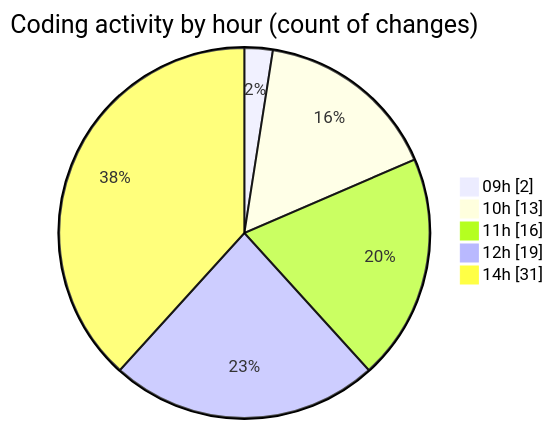
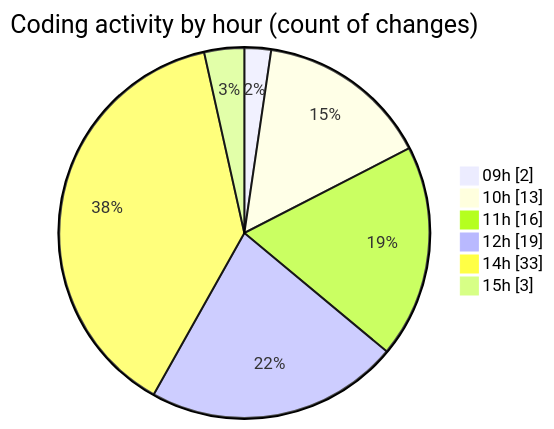
Before and after one commit to momahboobian/code-tracking: the second of 2 diagrams in 2025-07-02/cda/README.md, drawn with Mermaid. The commit also changed other lines of this file and 1 other file, not shown here.

````diff
--- a/2025-07-02/cda/README.md
+++ b/2025-07-02/cda/README.md
@@ -41,9 +41,10 @@
 ```mermaid
 pie showData
 title Coding activity by hour (count of changes)
 "09h" : 2
 "10h" : 13
 "11h" : 16
 "12h" : 19
-"14h" : 31
+"14h" : 33
+"15h" : 3
 ```
````
